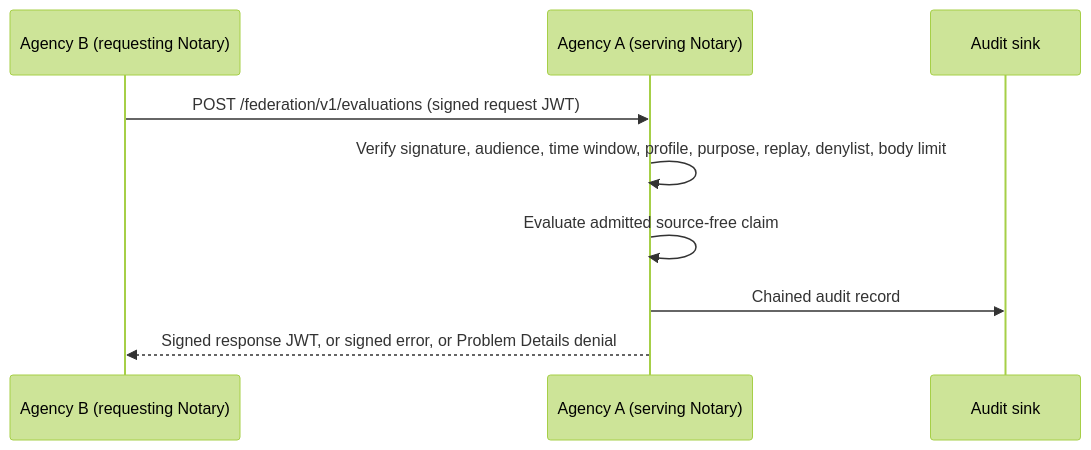
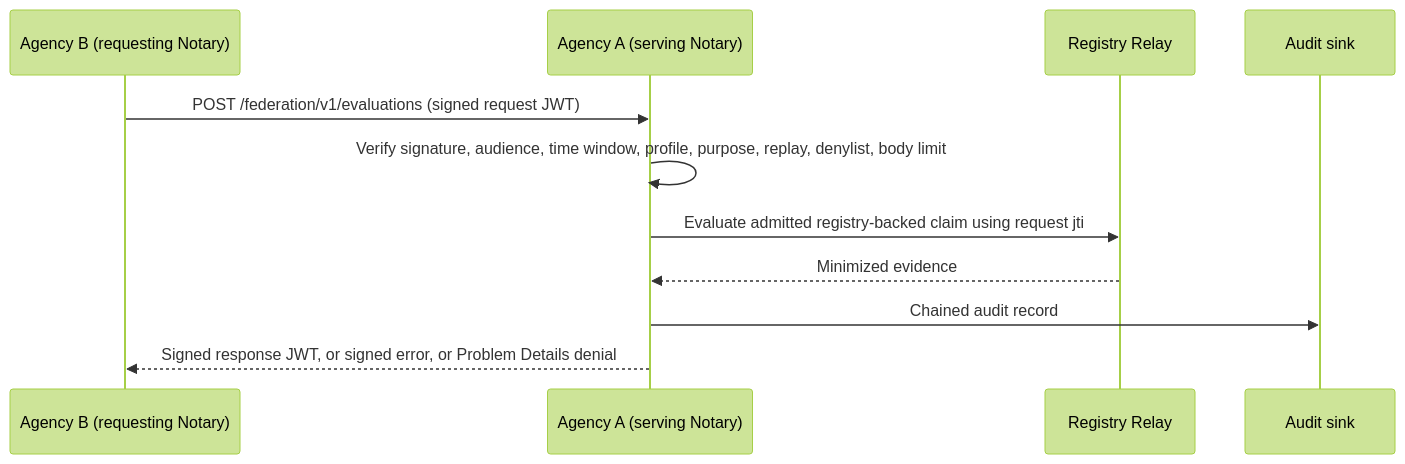
Before and after one commit to registrystack/registry-stack: the diagram in products/notary/docs/federated-evaluation-operator-guide.md, drawn with Mermaid (forest theme). The commit also changed other lines of this file and 166 other files, not shown here.

Commit message:
fix(notary): remove self-attested claim evidence

````diff
--- a/products/notary/docs/federated-evaluation-operator-guide.md
+++ b/products/notary/docs/federated-evaluation-operator-guide.md
@@ -24,12 +24,14 @@
 ```mermaid
 sequenceDiagram
   participant B as Agency B (requesting Notary)
   participant A as Agency A (serving Notary)
+  participant Relay as Registry Relay
   participant Audit as Audit sink
 
   B->>A: POST /federation/v1/evaluations (signed request JWT)
   A->>A: Verify signature, audience, time window, profile, purpose, replay, denylist, body limit
-  A->>A: Evaluate admitted source-free claim
+  A->>Relay: Evaluate admitted registry-backed claim using request jti
+  Relay-->>A: Minimized evidence
   A->>Audit: Chained audit record
   A-->>B: Signed response JWT, or signed error, or Problem Details denial
 ```
````
